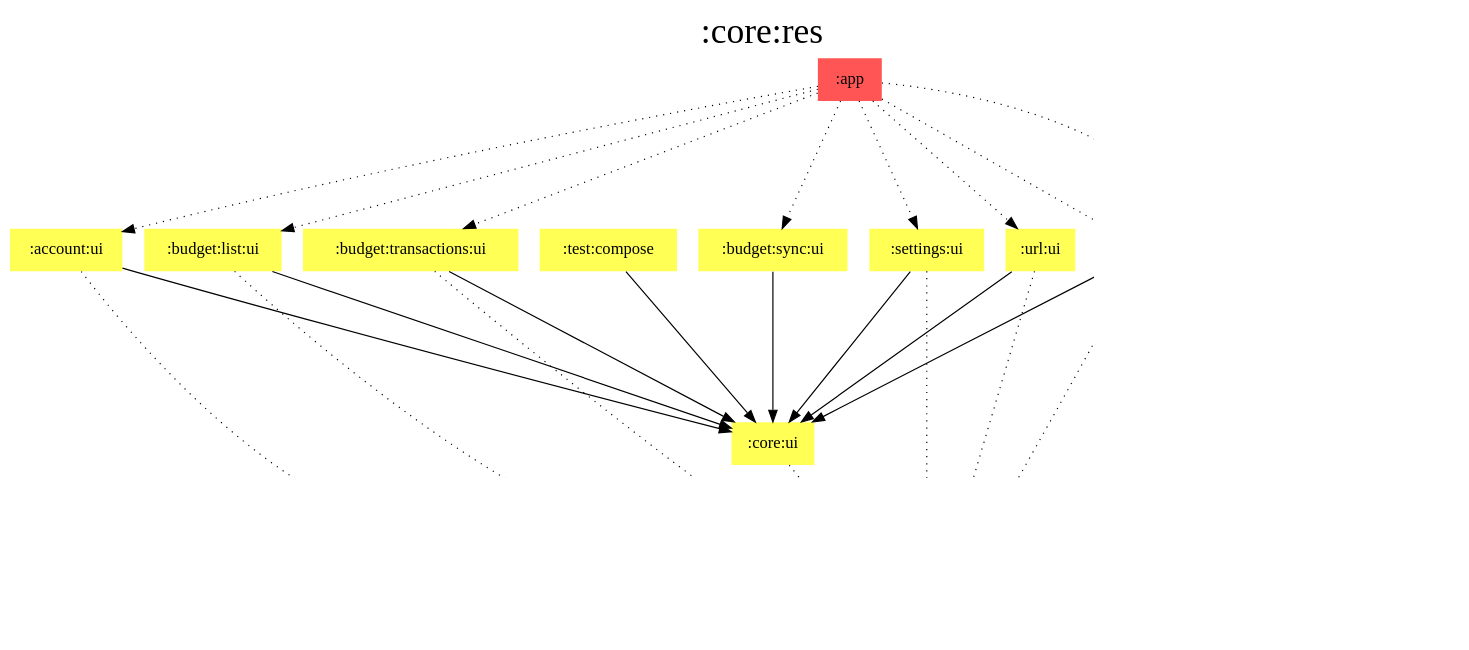
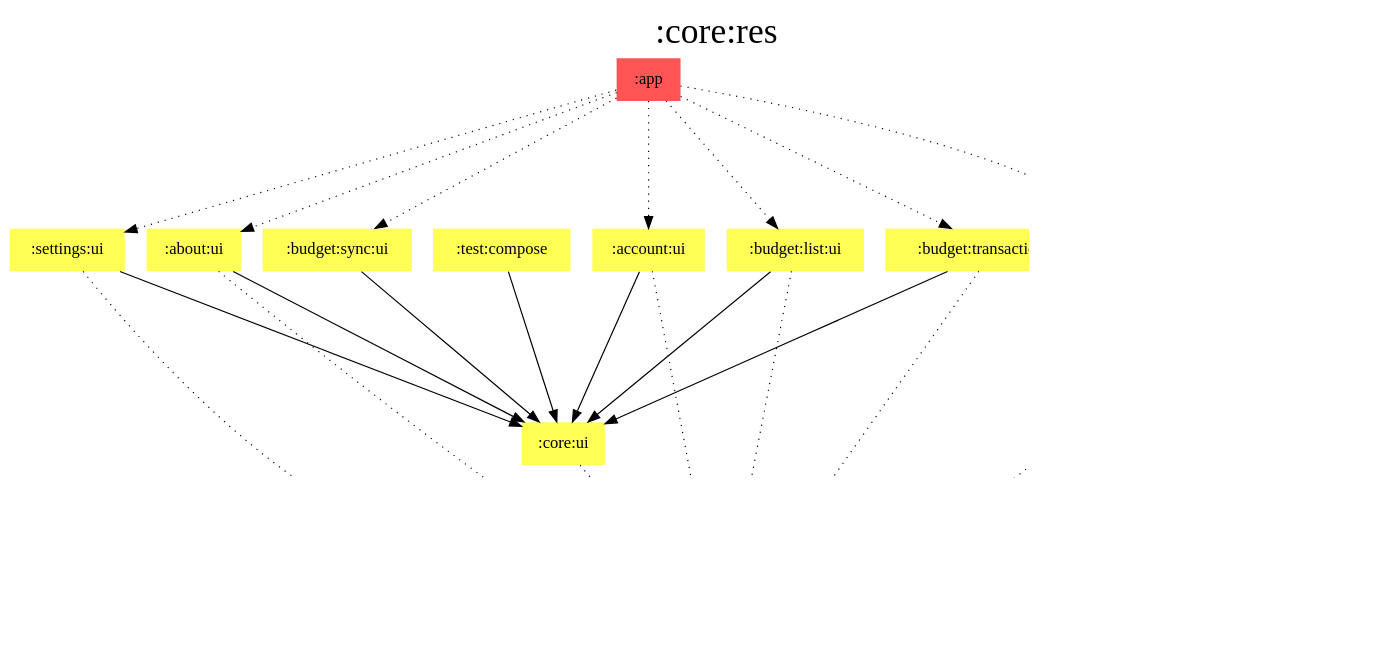
One commit to jonapoul/aktual changed the diagram in modules/core/res/modules.dot. Above: the diagram before and after it, drawn with Graphviz. The commit also changed 58 other files, not shown here.

```diff
--- a/modules/core/res/modules.dot
+++ b/modules/core/res/modules.dot
@@ -1,55 +1,51 @@
 digraph {
 edge ["dir"="forward"]
 graph ["dpi"="100","label"=":core:res","labelloc"="t","fontsize"="30","ranksep"="1.5","rankdir"="TB"]
 node ["style"="filled"]
 ":about:ui" ["fillcolor"="#FFFF55","shape"="none"]
 ":account:ui" ["fillcolor"="#FFFF55","shape"="none"]
 ":app" ["fillcolor"="#FF5555","shape"="none"]
 ":budget:list:ui" ["fillcolor"="#FFFF55","shape"="none"]
 ":budget:sync:ui" ["fillcolor"="#FFFF55","shape"="none"]
 ":budget:transactions:ui" ["fillcolor"="#FFFF55","shape"="none"]
 ":core:res" ["fillcolor"="#00FFFF","color"="black","penwidth"="3","shape"="box"]
 ":core:ui" ["fillcolor"="#FFFF55","shape"="none"]
 ":settings:ui" ["fillcolor"="#FFFF55","shape"="none"]
 ":test:compose" ["fillcolor"="#FFFF55","shape"="none"]
-":url:ui" ["fillcolor"="#FFFF55","shape"="none"]
 {
 edge ["dir"="none"]
 graph ["rank"="same"]
 ":core:res"
 }
 ":about:ui" -> ":core:res" ["style"="dotted"]
 ":about:ui" -> ":core:ui"
 ":account:ui" -> ":core:res" ["style"="dotted"]
 ":account:ui" -> ":core:ui"
 ":app" -> ":about:ui" ["style"="dotted"]
 ":app" -> ":account:ui" ["style"="dotted"]
 ":app" -> ":budget:list:ui" ["style"="dotted"]
 ":app" -> ":budget:sync:ui" ["style"="dotted"]
 ":app" -> ":budget:transactions:ui" ["style"="dotted"]
 ":app" -> ":core:res" ["style"="dotted"]
 ":app" -> ":settings:ui" ["style"="dotted"]
-":app" -> ":url:ui" ["style"="dotted"]
 ":budget:list:ui" -> ":core:res" ["style"="dotted"]
 ":budget:list:ui" -> ":core:ui"
 ":budget:sync:ui" -> ":core:ui"
 ":budget:transactions:ui" -> ":core:res" ["style"="dotted"]
 ":budget:transactions:ui" -> ":core:ui"
 ":core:ui" -> ":core:res" ["style"="dotted"]
 ":settings:ui" -> ":core:res" ["style"="dotted"]
 ":settings:ui" -> ":core:ui"
 ":test:compose" -> ":core:ui"
-":url:ui" -> ":core:res" ["style"="dotted"]
-":url:ui" -> ":core:ui"
 subgraph "cluster_legend" {
 edge ["dir"="none"]
 graph ["label"="Legend","fontsize"="20"]
 "Legend" ["style"="filled","fillcolor"="#FFFFFF","shape"="none","margin"="0","fontsize"="15","label"=<
 <TABLE BORDER="0" CELLBORDER="0" CELLSPACING="0" CELLPADDING="4">
 <TR><TD>App</TD><TD BGCOLOR="#FF5555">module-name</TD></TR>
 <TR><TD>Compose</TD><TD BGCOLOR="#FFFF55">module-name</TD></TR>
 <TR><TD>Resources</TD><TD BGCOLOR="#00FFFF">module-name</TD></TR>
 </TABLE>
 >]
 } -> ":core:res" ["style"="invis"]
 }
```
